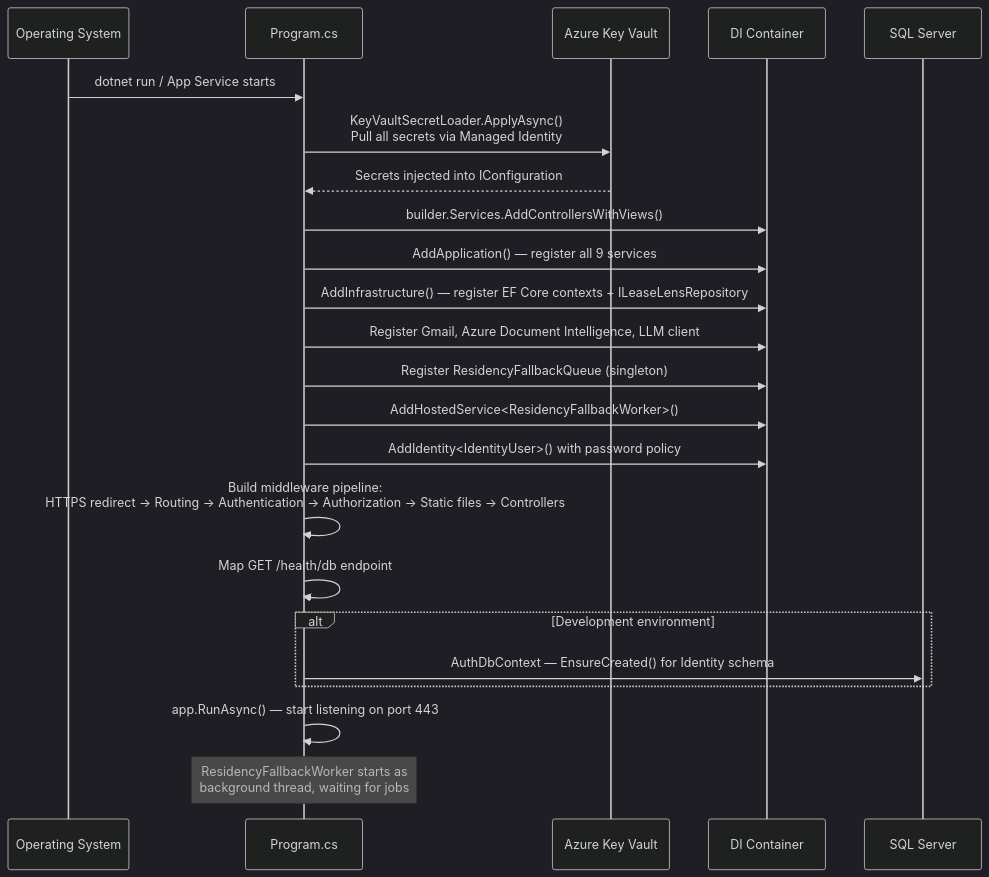
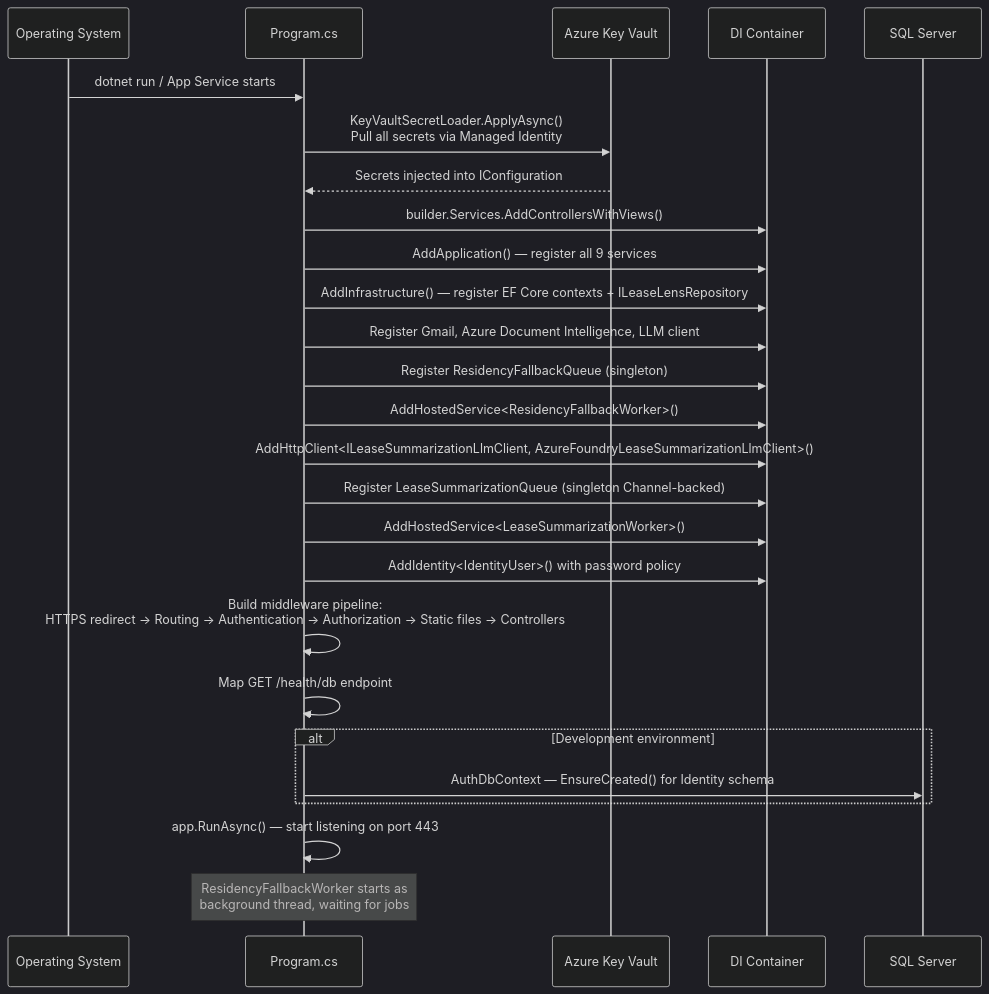
Diagram 30 of 30 in DOCUMENTATION.md (sirajusf/TenantLens), drawn with Mermaid (dark theme) before and after one commit. The commit also changed other lines of this file and 3 other files, not shown here.

````diff
--- a/DOCUMENTATION.md
+++ b/DOCUMENTATION.md
@@ -988,33 +1142,36 @@
 ```mermaid
 sequenceDiagram
     participant OS as Operating System
     participant Main as Program.cs
     participant KV as Azure Key Vault
     participant DI as DI Container
     participant DB as SQL Server
 
     OS->>Main: dotnet run / App Service starts
 
     Main->>KV: KeyVaultSecretLoader.ApplyAsync()<br/>Pull all secrets via Managed Identity
     KV-->>Main: Secrets injected into IConfiguration
 
     Main->>DI: builder.Services.AddControllersWithViews()
     Main->>DI: AddApplication() — register all 9 services
     Main->>DI: AddInfrastructure() — register EF Core contexts + ILeaseLensRepository
     Main->>DI: Register Gmail, Azure Document Intelligence, LLM client
     Main->>DI: Register ResidencyFallbackQueue (singleton)
     Main->>DI: AddHostedService<ResidencyFallbackWorker>()
+    Main->>DI: AddHttpClient<ILeaseSummarizationLlmClient, AzureFoundryLeaseSummarizationLlmClient>()
+    Main->>DI: Register LeaseSummarizationQueue (singleton Channel-backed)
+    Main->>DI: AddHostedService<LeaseSummarizationWorker>()
     Main->>DI: AddIdentity<IdentityUser>() with password policy
 
     Main->>Main: Build middleware pipeline:<br/>HTTPS redirect → Routing → Authentication → Authorization → Static files → Controllers
 
     Main->>Main: Map GET /health/db endpoint
 
     alt Development environment
         Main->>DB: AuthDbContext — EnsureCreated() for Identity schema
     end
 
     Main->>Main: app.RunAsync() — start listening on port 443
 
     Note over Main: ResidencyFallbackWorker starts as<br/>background thread, waiting for jobs
 ```
````
